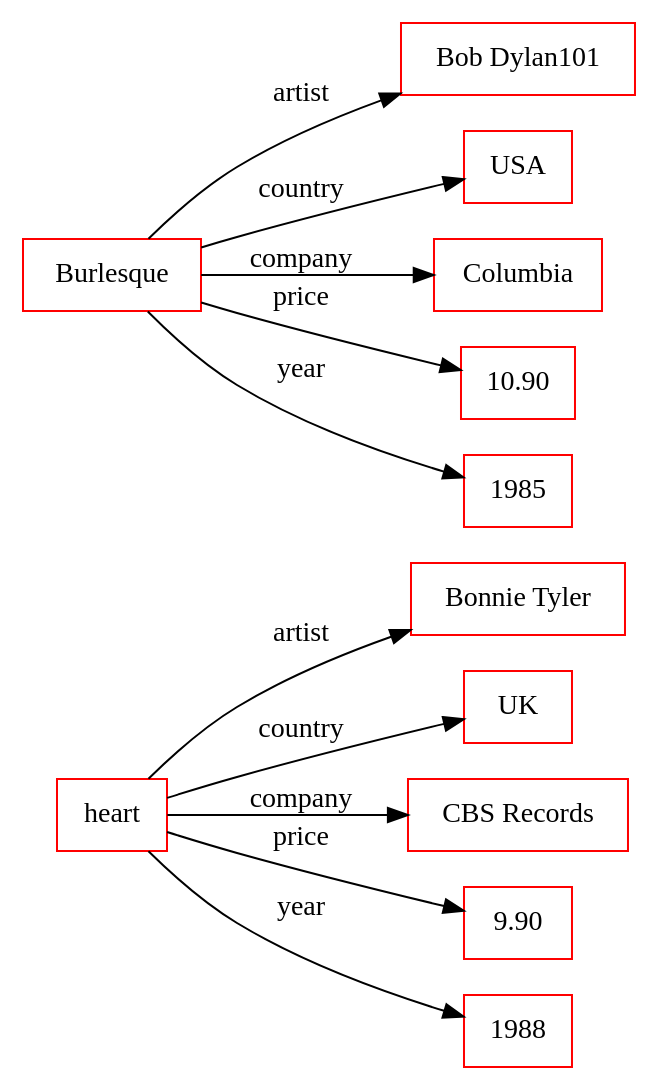
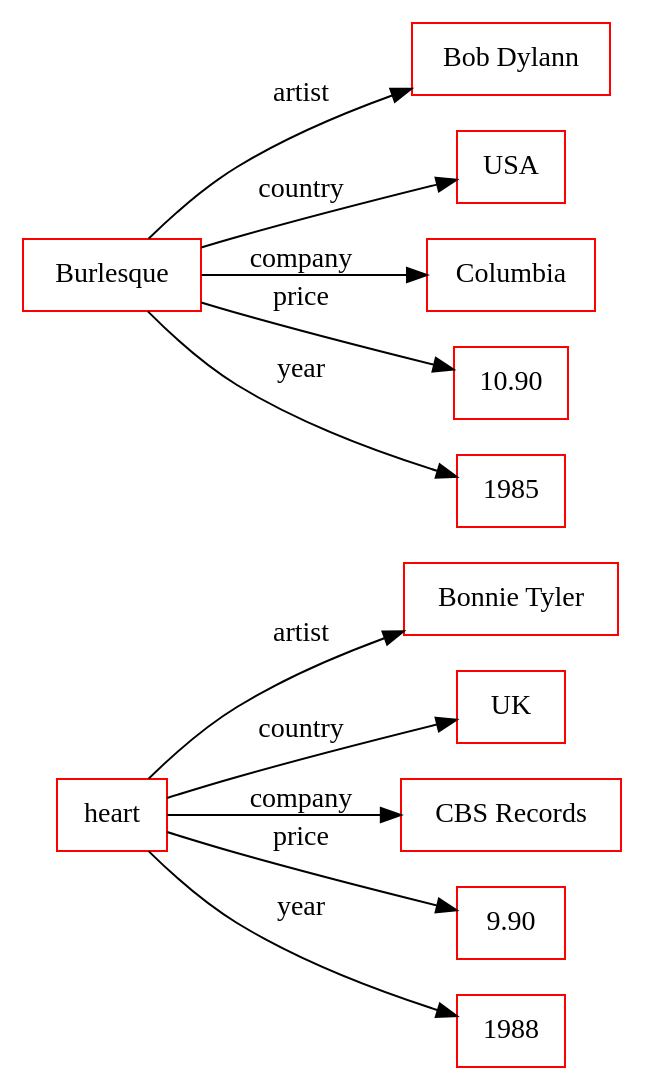
One commit to ahmad88me/target changed the diagram in drawings/ar2dtool-class.conf/org/sample.rdf.png.dot. Above: the diagram before and after it, drawn with Graphviz. The commit also changed 8 other files, not shown here.

```diff
--- a/drawings/ar2dtool-class.conf/org/sample.rdf.png.dot
+++ b/drawings/ar2dtool-class.conf/org/sample.rdf.png.dot
@@ -1,16 +1,16 @@
 digraph ar2dtool_diagram { 
 rankdir=LR;
 size="1000"
-node [shape = rectangle, color="red"]; "Bonnie Tyler" "UK" "CBS Records" "9.90" "1988" "Bob Dylan101" "USA" "Columbia" "10.90" "1985" ; /*literals style*/
+node [shape = rectangle, color="red"]; "Bonnie Tyler" "UK" "CBS Records" "9.90" "1988" "Bob Dylann" "USA" "Columbia" "10.90" "1985" ; /*literals style*/
 	"heart" -> "Bonnie Tyler" [ label = "artist" ];
 	"heart" -> "UK" [ label = "country" ];
 	"heart" -> "CBS Records" [ label = "company" ];
 	"heart" -> "9.90" [ label = "price" ];
 	"heart" -> "1988" [ label = "year" ];
-	"Burlesque" -> "Bob Dylan101" [ label = "artist" ];
+	"Burlesque" -> "Bob Dylann" [ label = "artist" ];
 	"Burlesque" -> "USA" [ label = "country" ];
 	"Burlesque" -> "Columbia" [ label = "company" ];
 	"Burlesque" -> "10.90" [ label = "price" ];
 	"Burlesque" -> "1985" [ label = "year" ];
 
 }
```
